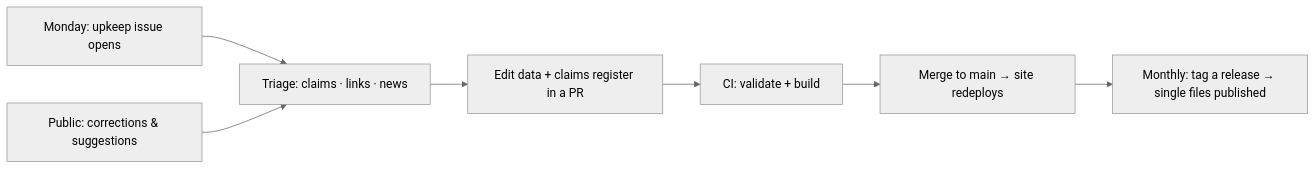
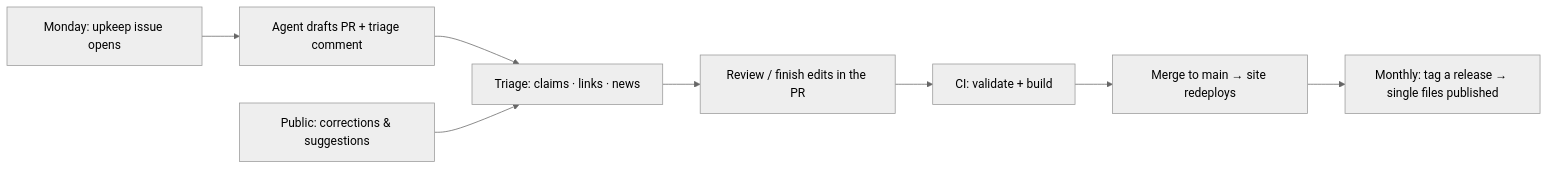
One commit to hexacron/fieldworks changed the diagram in MAINTAINING.md. Above: the diagram before and after it, drawn with Mermaid (neutral theme). The commit also changed other lines of this file and 5 other files, not shown here.

First line of the commit message:
Upkeep draft: AI agent drafts a PR for each weekly upkeep issue

````diff
--- a/MAINTAINING.md
+++ b/MAINTAINING.md
@@ -5,9 +5,10 @@
 ```mermaid
 flowchart LR
-  W[Monday: upkeep issue opens] --> T[Triage: claims · links · news]
+  W[Monday: upkeep issue opens] --> A[Agent drafts PR + triage comment]
+  A --> T[Triage: claims · links · news]
   P[Public: corrections & suggestions] --> T
-  T --> E[Edit data + claims register in a PR]
+  T --> E[Review / finish edits in the PR]
   E --> C[CI: validate + build]
   C --> M[Merge to main → site redeploys]
   M --> R[Monthly: tag a release → single files published]
 ```
````
